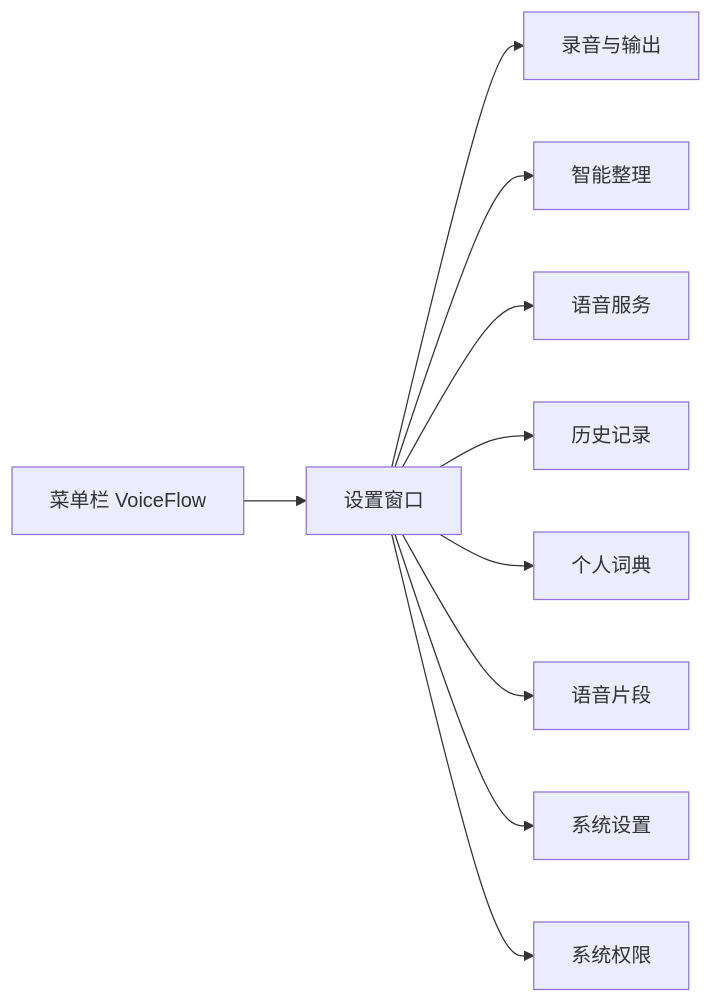
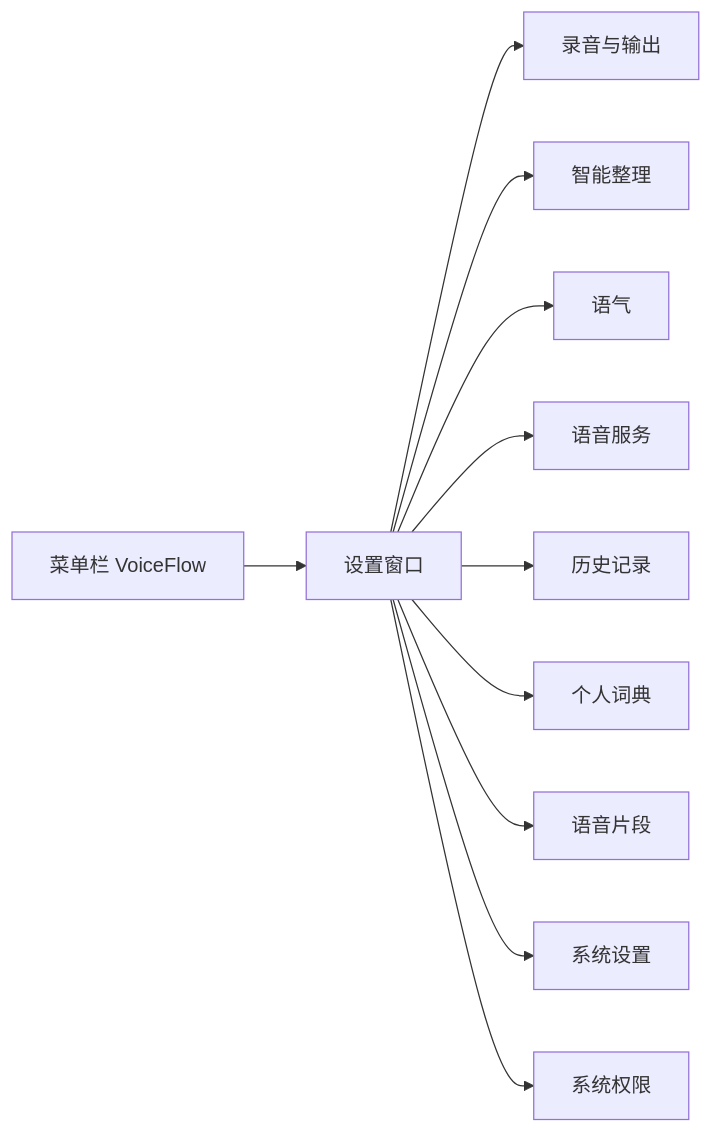
One commit to wangm12/voice-flow changed the first of 2 diagrams in README.md. Above: the diagram before and after it, drawn with Mermaid. The commit also changed other lines of this file and 36 other files, not shown here.

````diff
--- a/README.md
+++ b/README.md
@@ -13,12 +13,13 @@
 ```mermaid
 flowchart LR
     A[菜单栏 VoiceFlow] --> B[设置窗口]
     B --> C[录音与输出]
     B --> D[智能整理]
-    B --> E[语音服务]
-    B --> F[历史记录]
-    B --> G[个人词典]
-    B --> H[语音片段]
-    B --> I[系统设置]
-    B --> J[系统权限]
+    B --> E[语气]
+    B --> F[语音服务]
+    B --> G[历史记录]
+    B --> H[个人词典]
+    B --> I[语音片段]
+    B --> J[系统设置]
+    B --> K[系统权限]
 ```
````
